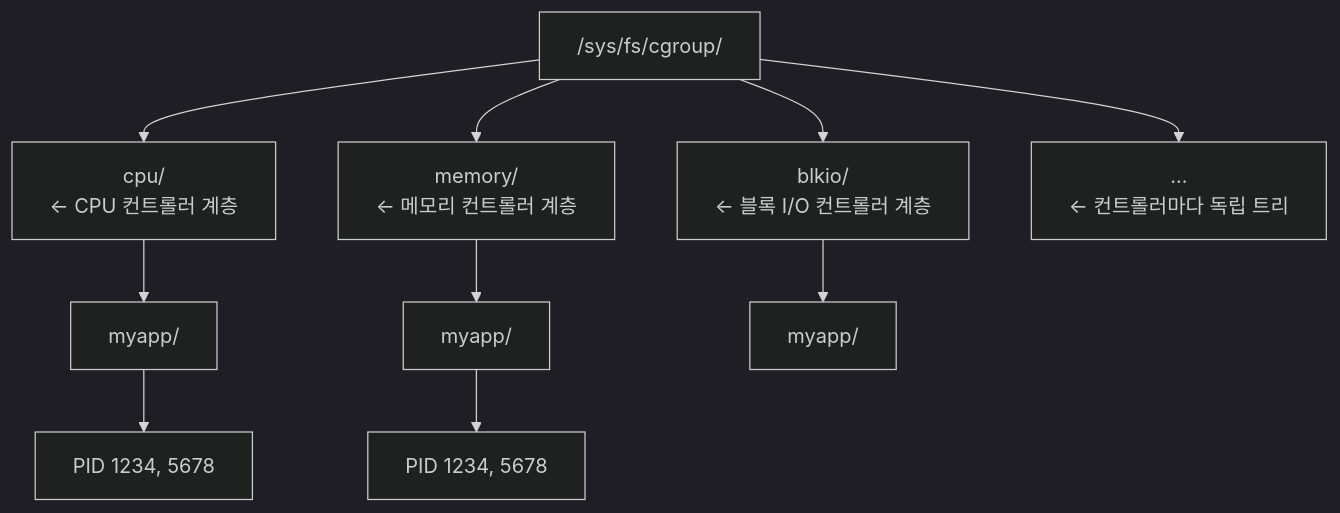
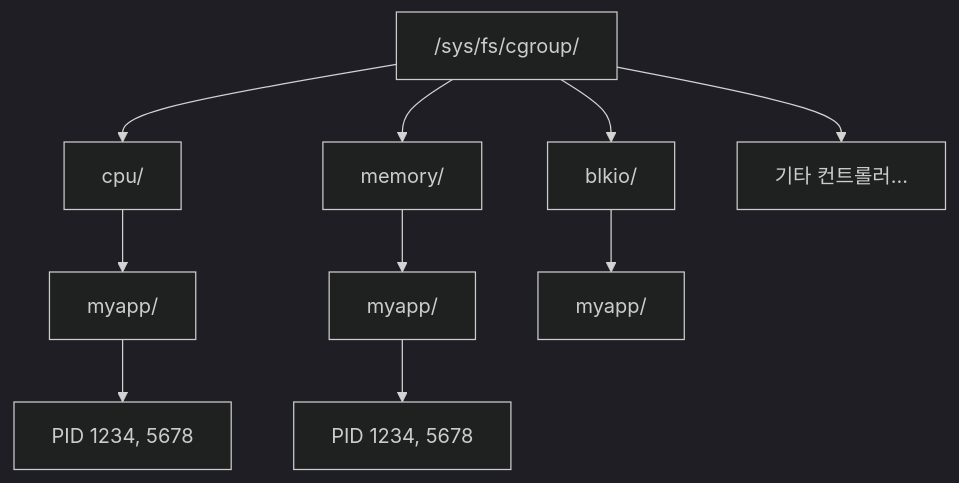
The first of 2 diagrams in content/linux/process-isolation/cgroups.md (moonblueblue/devops-wiki), drawn with Mermaid (dark theme) before and after one commit. The commit also changed other lines of this file and 3 other files, not shown here.

First line of the commit message:
style: Mermaid 노드 10개 이하·레이블 간소화 규칙 적용

````diff
--- a/content/linux/process-isolation/cgroups.md
+++ b/content/linux/process-isolation/cgroups.md
@@ -41,17 +41,13 @@
 ```mermaid
 graph TD
     ROOT["/sys/fs/cgroup/"]
-
-    ROOT --> CPU["cpu/<br/>← CPU 컨트롤러 계층"]
-    ROOT --> MEM["memory/<br/>← 메모리 컨트롤러 계층"]
-    ROOT --> BLK["blkio/<br/>← 블록 I/O 컨트롤러 계층"]
-    ROOT --> ETC["...<br/>← 컨트롤러마다 독립 트리"]
-
+    ROOT --> CPU["cpu/"]
+    ROOT --> MEM["memory/"]
+    ROOT --> BLK["blkio/"]
+    ROOT --> ETC["기타 컨트롤러..."]
     CPU --> CPU_APP["myapp/"]
     CPU_APP --> CPU_PID["PID 1234, 5678"]
-
     MEM --> MEM_APP["myapp/"]
     MEM_APP --> MEM_PID["PID 1234, 5678"]
-
     BLK --> BLK_APP["myapp/"]
 ```
````
